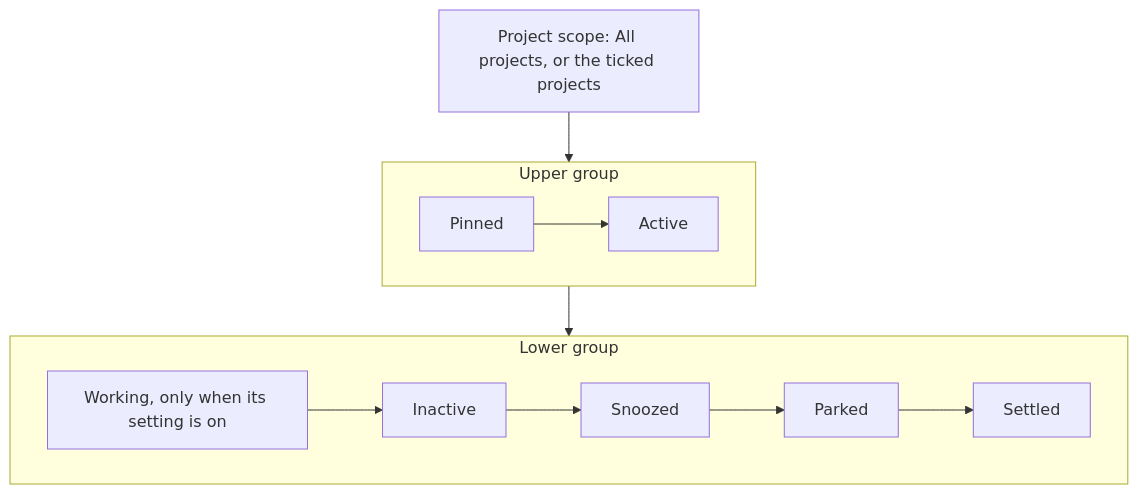
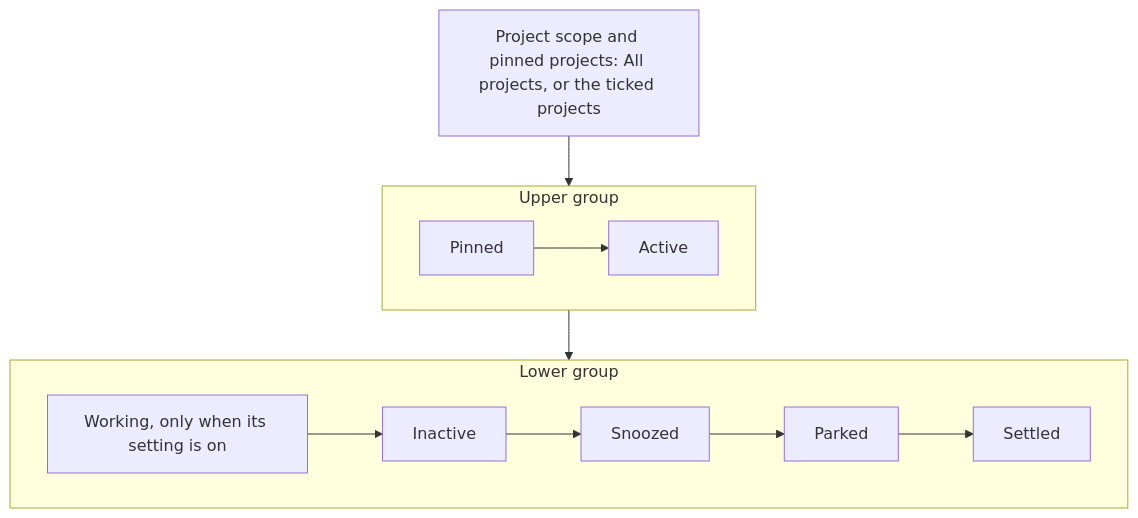
The first of 2 diagrams in docs/reference/thread-glance-list.md (gperezmz/bb-plugins), drawn with Mermaid before and after one commit. The commit also changed other lines of this file and 13 other files, not shown here.

First line of the commit message:
feat(thread-glance): pinned projects row above the list

````diff
--- a/docs/reference/thread-glance-list.md
+++ b/docs/reference/thread-glance-list.md
@@ -3,11 +3,11 @@
 ```mermaid
 flowchart TB
-  scope["Project scope: All projects, or the ticked projects"]
+  scope["Project scope and pinned projects: All projects, or the ticked projects"]
   subgraph upper["Upper group"]
     pinned["Pinned"] --> active["Active"]
   end
   subgraph lower["Lower group"]
     working["Working, only when its setting is on"] --> inactive["Inactive"] --> snoozed["Snoozed"] --> parked["Parked"] --> settled["Settled"]
   end
   scope --> upper --> lower
 ```
````
